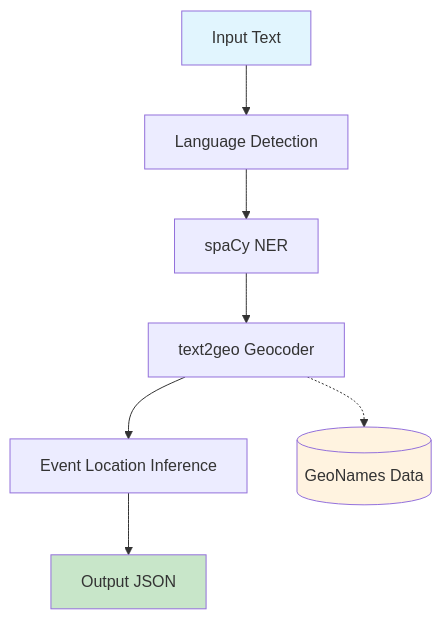
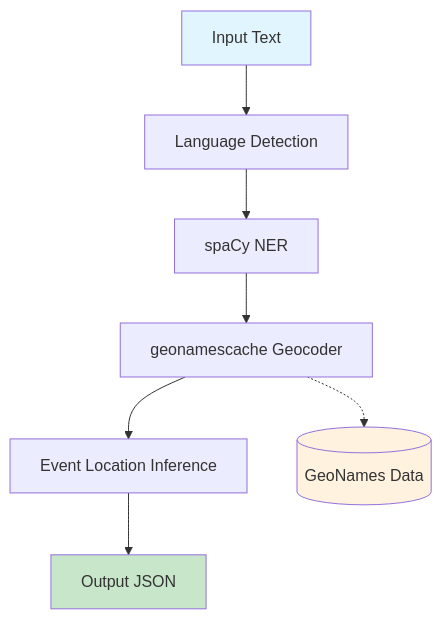
Before and after one commit to ConnectedWanderer/living-map: the first of 2 diagrams in docs/architecture/location-extraction.md, drawn with Mermaid. The commit also changed other lines of this file and 15 other files, not shown here.

Commit message:
feat: replace text2geo with geonamescache and rename --stages-3-4 to --geocoding

````diff
--- a/docs/architecture/location-extraction.md
+++ b/docs/architecture/location-extraction.md
@@ -20,14 +20,14 @@
 ```mermaid
 flowchart TD
     A[Input Text] --> B[Language Detection]
     B --> C[spaCy NER]
-    C --> D[text2geo Geocoder]
+    C --> D[geonamescache Geocoder]
     D --> E[Event Location Inference]
     E --> F[Output JSON]
 
     D -.-> G[(GeoNames Data)]
 
     style A fill:#e1f5fe
     style F fill:#c8e6c9
     style G fill:#fff3e0
 ```
````
